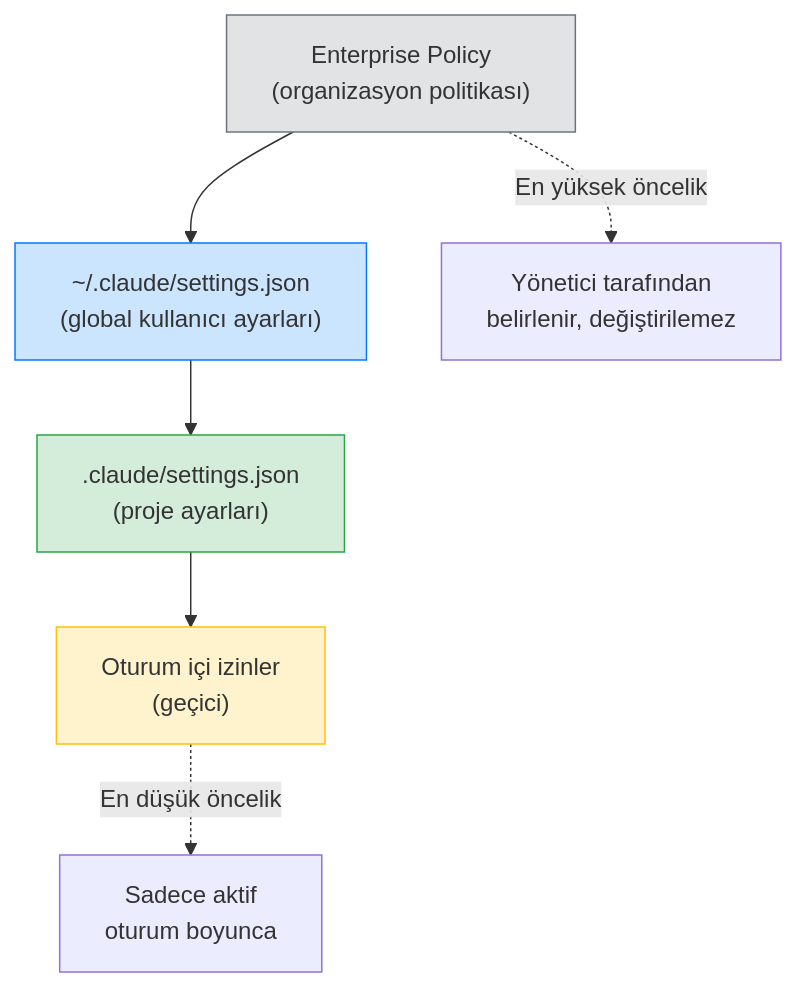
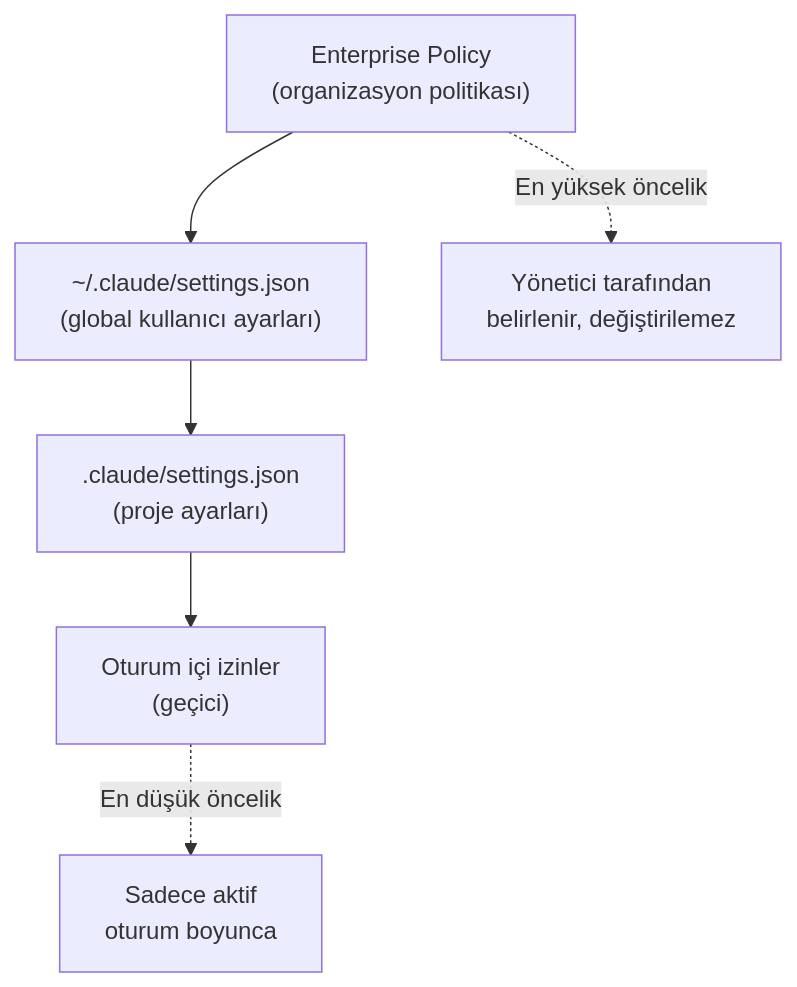
Before and after one commit to IzzetYasinAtes/ClaudeCodeHandbook: the fourth of 4 diagrams in 10-izinler-ve-guvenlik/02-izin-kurallari-syntax.md, drawn with Mermaid. The commit also changed other lines of this file and 97 other files, not shown here.

Commit message:
Remove all custom Mermaid style/fill colors from 98 markdown files for consistent dark theme rendering

````diff
--- a/10-izinler-ve-guvenlik/02-izin-kurallari-syntax.md
+++ b/10-izinler-ve-guvenlik/02-izin-kurallari-syntax.md
@@ -270,14 +266,10 @@
 ```mermaid
 flowchart TD
     A["Enterprise Policy<br/>(organizasyon politikası)"] --> B["~/.claude/settings.json<br/>(global kullanıcı ayarları)"]
     B --> C[".claude/settings.json<br/>(proje ayarları)"]
     C --> D["Oturum içi izinler<br/>(geçici)"]
 
     A -.->|"En yüksek öncelik"| NOTE1["Yönetici tarafından<br/>belirlenir, değiştirilemez"]
     D -.->|"En düşük öncelik"| NOTE2["Sadece aktif<br/>oturum boyunca"]
 
-    style A fill:#e2e3e5,stroke:#6c757d
-    style B fill:#cce5ff,stroke:#007bff
-    style C fill:#d4edda,stroke:#28a745
-    style D fill:#fff3cd,stroke:#ffc107
 ```
````
